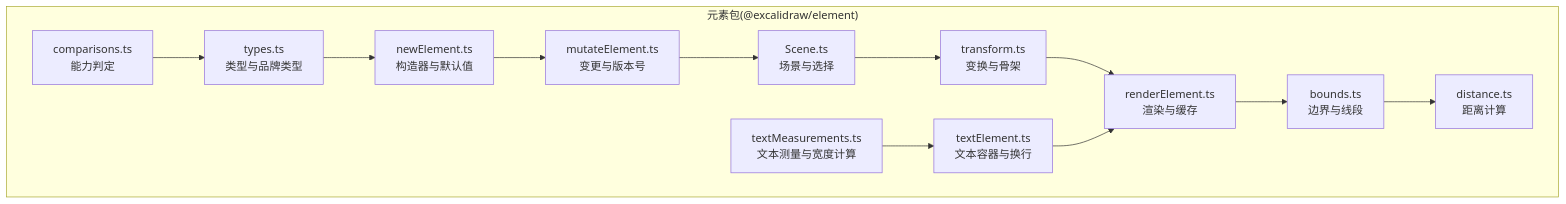
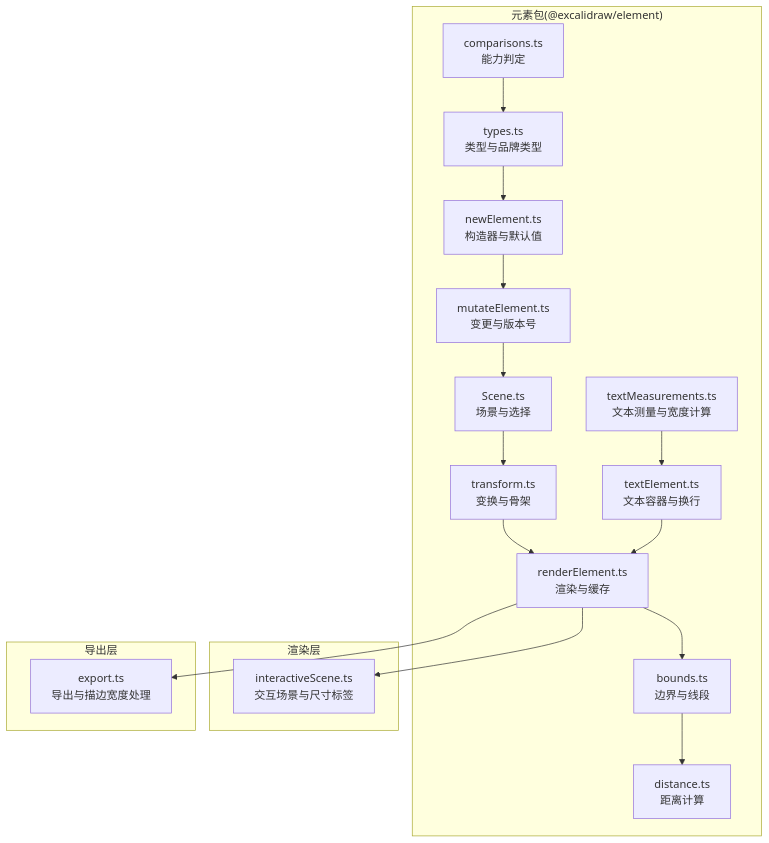
One commit to Az-qianchen/Excalidraw changed the first of 10 diagrams in .qoder/repowiki/zh/content/元素系统/元素系统.md. Above: the diagram before and after it, drawn with Mermaid. The commit also changed other lines of this file and 61 other files, not shown here.

````diff
--- a/.qoder/repowiki/zh/content/元素系统/元素系统.md
+++ b/.qoder/repowiki/zh/content/元素系统/元素系统.md
@@ -57,23 +68,31 @@
 ```mermaid
 graph TB
 subgraph "元素包(@excalidraw/element)"
 A["types.ts<br/>类型与品牌类型"]
 B["newElement.ts<br/>构造器与默认值"]
 C["mutateElement.ts<br/>变更与版本号"]
 D["Scene.ts<br/>场景与选择"]
 E["transform.ts<br/>变换与骨架"]
 F["renderElement.ts<br/>渲染与缓存"]
 G["bounds.ts<br/>边界与线段"]
 H["distance.ts<br/>距离计算"]
 I["comparisons.ts<br/>能力判定"]
 J["textElement.ts<br/>文本容器与换行"]
 K["textMeasurements.ts<br/>文本测量与宽度计算"]
 end
+subgraph "渲染层"
+L["interactiveScene.ts<br/>交互场景与尺寸标签"]
+end
+subgraph "导出层"
+M["export.ts<br/>导出与描边宽度处理"]
+end
 A --> B --> C --> D
 D --> E --> F
 F --> G
 G --> H
 I --> A
 J --> F
 K --> J
+F --> L
+F --> M
 ```
````
